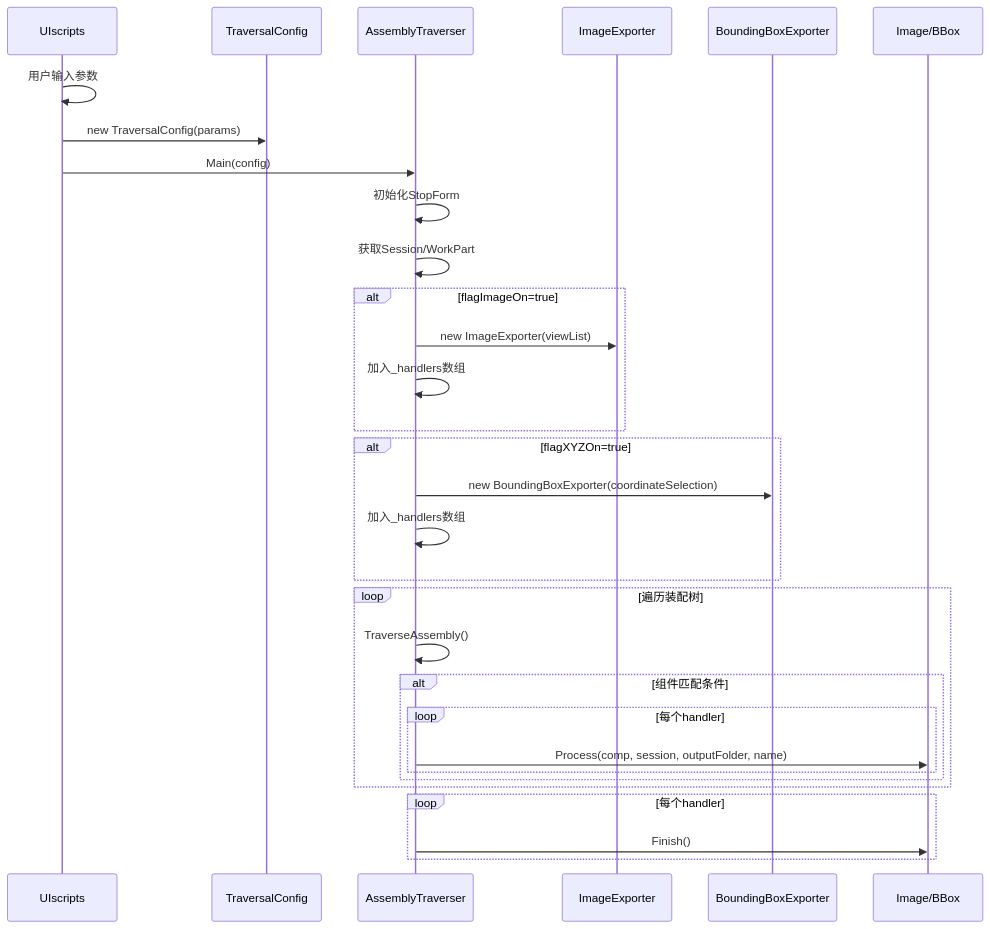
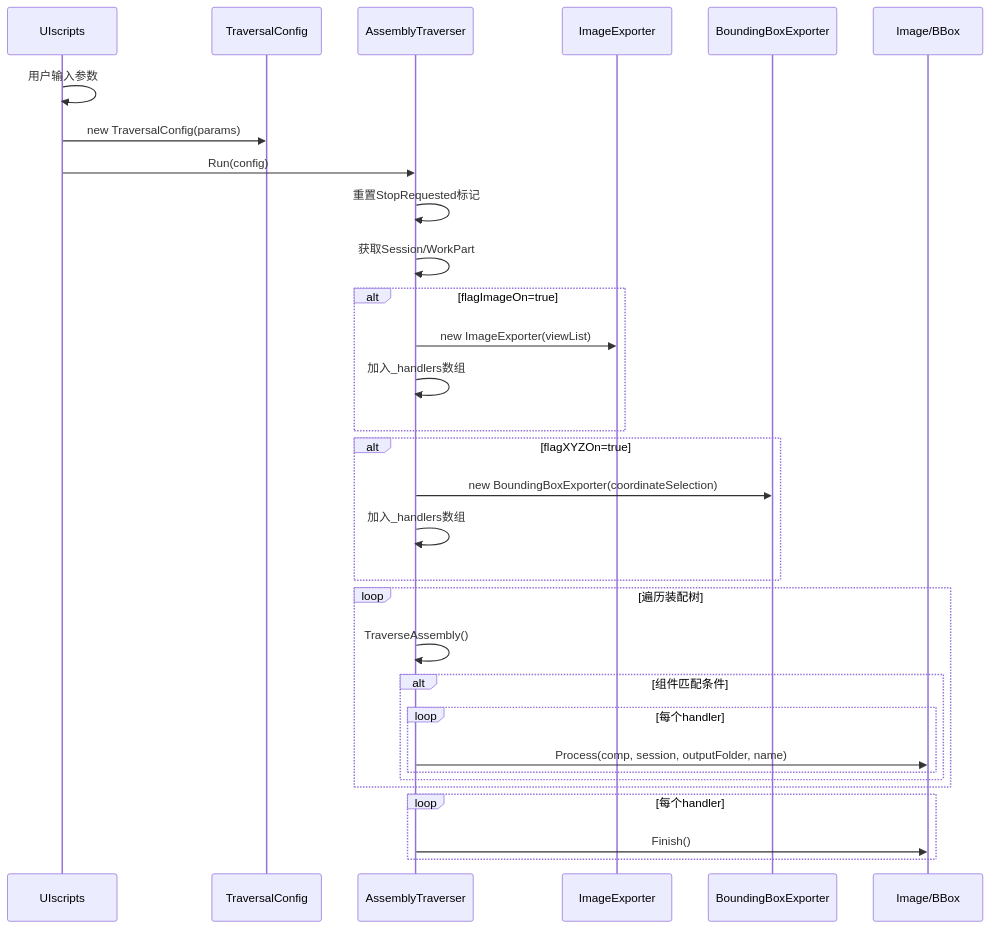
The second of 2 diagrams in README.md (panhjt1/NX_Traverser), drawn with Mermaid before and after one commit. The commit also changed other lines of this file, not shown here.

````diff
--- a/README.md
+++ b/README.md
@@ -52,38 +50,38 @@
 ```mermaid
 sequenceDiagram
     participant UI as UIscripts
     participant Config as TraversalConfig
     participant Traverser as AssemblyTraverser
     participant Image as ImageExporter
     participant BBox as BoundingBoxExporter
 
     UI->>UI: 用户输入参数
     UI->>Config: new TraversalConfig(params)
-    UI->>Traverser: Main(config)
+    UI->>Traverser: Run(config)
     
-    Traverser->>Traverser: 初始化StopForm
+    Traverser->>Traverser: 重置StopRequested标记
     Traverser->>Traverser: 获取Session/WorkPart
     
     alt flagImageOn=true
         Traverser->>Image: new ImageExporter(viewList)
         Traverser->>Traverser: 加入_handlers数组
     end
     
     alt flagXYZOn=true
         Traverser->>BBox: new BoundingBoxExporter(coordinateSelection)
         Traverser->>Traverser: 加入_handlers数组
     end
     
     loop 遍历装配树
         Traverser->>Traverser: TraverseAssembly()
         alt 组件匹配条件
             loop 每个handler
                 Traverser->>Image/BBox: Process(comp, session, outputFolder, name)
             end
         end
     end
     
     loop 每个handler
         Traverser->>Image/BBox: Finish()
     end
 ```
````
